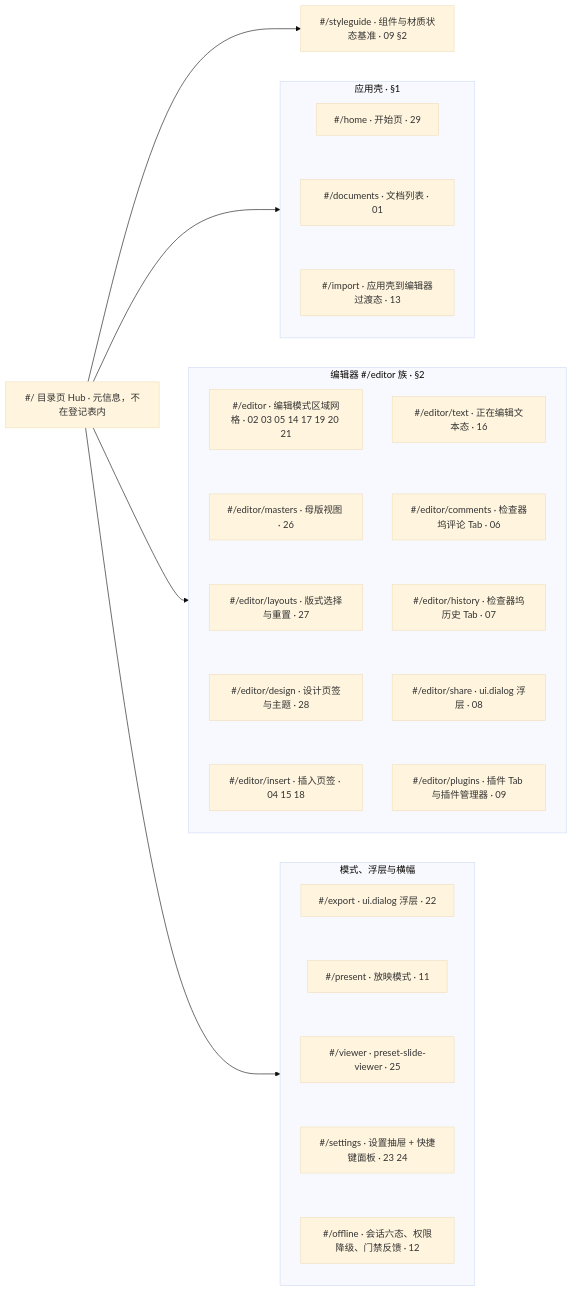
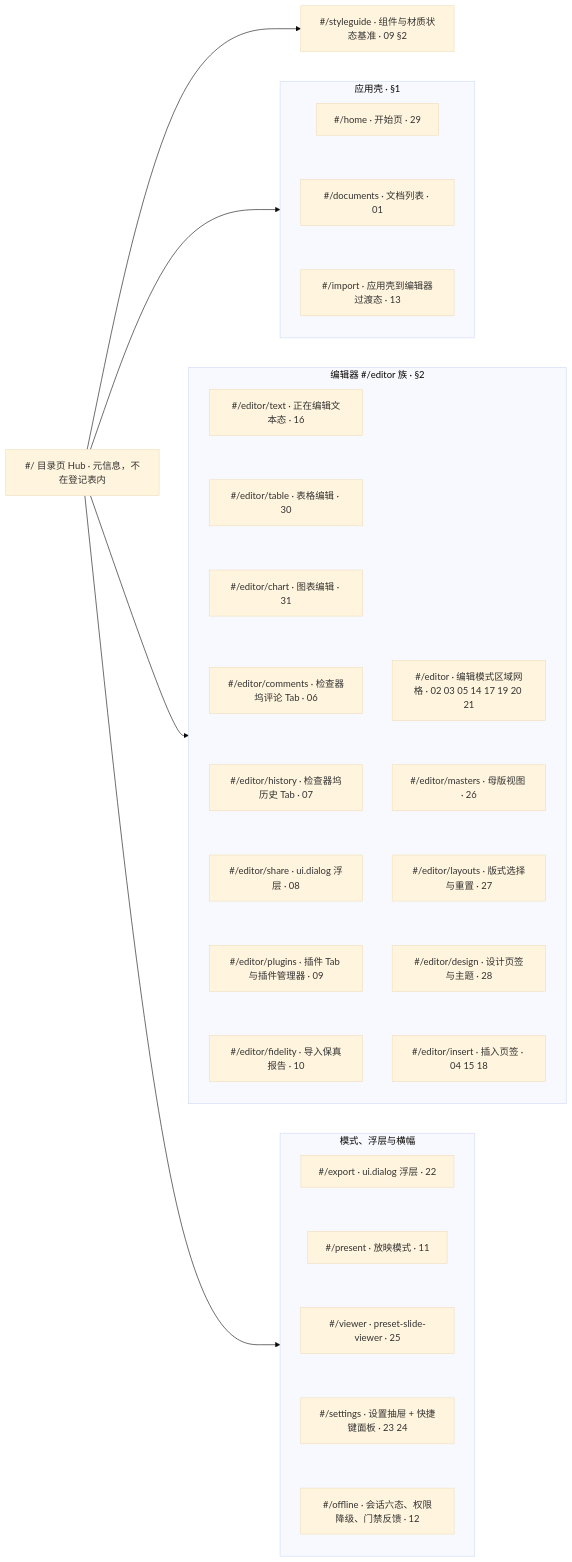
Before and after one commit to Xeonice/cordis-ppt-editor: the sixth of 6 diagrams in docs/20-design/01-information-architecture.md, drawn with Mermaid (base theme). The commit also changed other lines of this file and 42 other files, not shown here.

First line of the commit message:
docs(design): 表格与图表编辑、占位符图标条、日期格式选择器样张与设计稿

````diff
--- a/docs/20-design/01-information-architecture.md
+++ b/docs/20-design/01-information-architecture.md
@@ -372,40 +375,42 @@
 ```mermaid
 flowchart LR
   hub["#/ 目录页 Hub · 元信息，不在登记表内"]
   sg["#/styleguide · 组件与材质状态基准 · 09 §2"]
   subgraph shellR["应用壳 · §1"]
     direction TB
     rHome["#/home · 开始页 · 29"]
     rDocs["#/documents · 文档列表 · 01"]
     rImport["#/import · 应用壳到编辑器过渡态 · 13"]
   end
   subgraph editorR["编辑器 #/editor 族 · §2"]
     direction TB
     rEditor["#/editor · 编辑模式区域网格 · 02 03 05 14 17 19 20 21"]
     rMasters["#/editor/masters · 母版视图 · 26"]
     rLayouts["#/editor/layouts · 版式选择与重置 · 27"]
     rDesign["#/editor/design · 设计页签与主题 · 28"]
     rInsert["#/editor/insert · 插入页签 · 04 15 18"]
     rText["#/editor/text · 正在编辑文本态 · 16"]
+    rTable["#/editor/table · 表格编辑 · 30"]
+    rChart["#/editor/chart · 图表编辑 · 31"]
     rComments["#/editor/comments · 检查器坞评论 Tab · 06"]
     rHistory["#/editor/history · 检查器坞历史 Tab · 07"]
     rShare["#/editor/share · ui.dialog 浮层 · 08"]
-    rPlugins["#/editor/plugins · 插件 Tab 与插件管理器 · 09"]
+    rPlugins["#/editor/plugins · 插件 Tab 与插件管理器 · 09"] ~~~ rFidelity["#/editor/fidelity · 导入保真报告 · 10"]
   end
   subgraph modeR["模式、浮层与横幅"]
     direction TB
     rExport["#/export · ui.dialog 浮层 · 22"]
     rPresent["#/present · 放映模式 · 11"]
     rViewer["#/viewer · preset-slide-viewer · 25"]
     rSettings["#/settings · 设置抽屉 + 快捷键面板 · 23 24"]
     rOffline["#/offline · 会话六态、权限降级、门禁反馈 · 12"]
   end
   hub --> sg
   hub --> shellR
   hub --> editorR
   hub --> modeR
   rHome ~~~ rDocs ~~~ rImport
   rEditor ~~~ rMasters ~~~ rLayouts ~~~ rDesign ~~~ rInsert
-  rText ~~~ rComments ~~~ rHistory ~~~ rShare ~~~ rPlugins
+  rText ~~~ rTable ~~~ rChart ~~~ rComments ~~~ rHistory ~~~ rShare ~~~ rPlugins
   rExport ~~~ rPresent ~~~ rViewer ~~~ rSettings ~~~ rOffline
 ```
````
